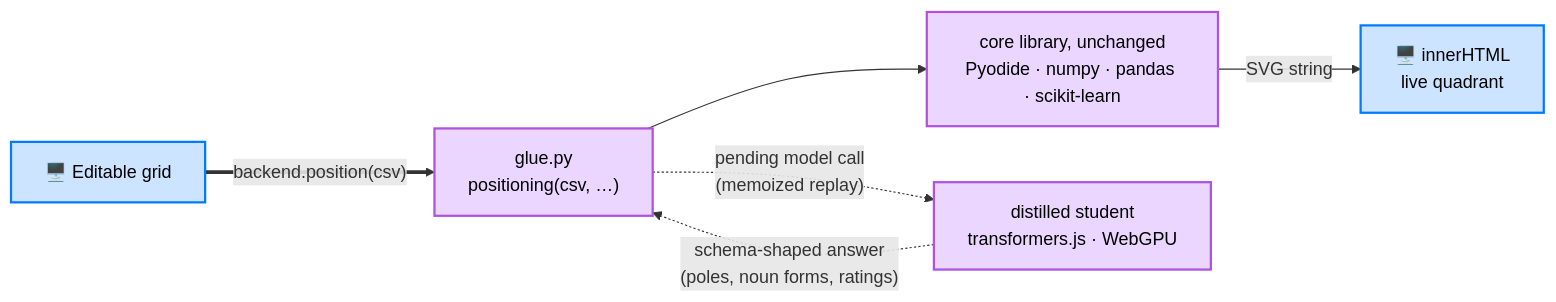
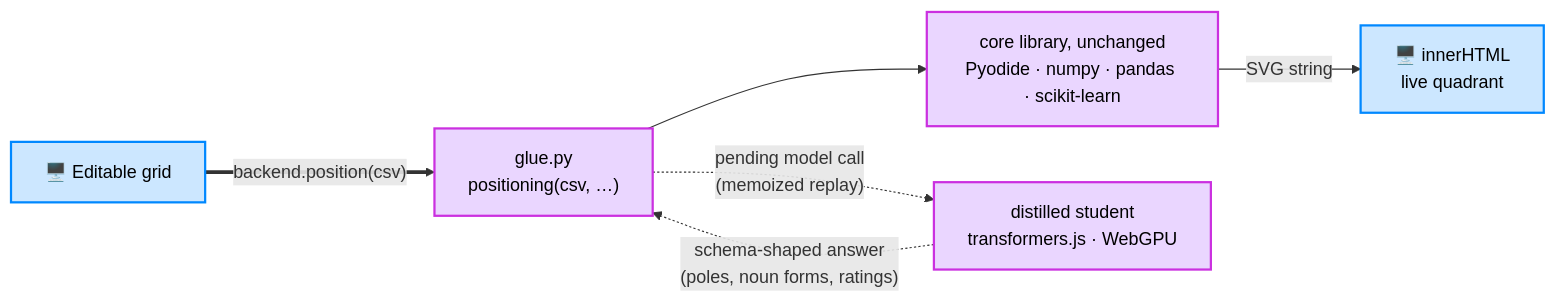
The second of 2 diagrams in GUI.md (warith-harchaoui/standpoint), drawn with Mermaid before and after one commit. The commit also changed other lines of this file and 42 other files, not shown here.

````diff
--- a/GUI.md
+++ b/GUI.md
@@ -137,14 +137,14 @@
 ```mermaid
 flowchart LR
     grid["🖥️ Editable grid"] ==>|"backend.position(csv)"| glue["glue.py<br/>positioning(csv, …)"]
     glue --> lib["core library, unchanged<br/>Pyodide · numpy · pandas · scikit-learn"]
     lib -->|"SVG string"| embed["🖥️ innerHTML<br/>live quadrant"]
     glue -.->|"pending model call<br/>(memoized replay)"| llm["distilled student<br/>transformers.js · WebGPU"]
     llm -.->|"schema-shaped answer<br/>(poles, noun forms, ratings)"| glue
 
     %% "Good Colors" palette: https://deraison.ai/colors/
-    classDef browser fill:#CCE4FF,stroke:#007AFF,color:#000000,stroke-width:2px;
-    classDef wasm fill:#EAD6FF,stroke:#AF52DE,color:#000000,stroke-width:2px;
+    classDef browser fill:#CCE7FF,stroke:#0088FF,color:#000000,stroke-width:2px;
+    classDef wasm fill:#EAD6FF,stroke:#CB30E0,color:#000000,stroke-width:2px;
     class grid,embed browser;
     class glue,lib,llm wasm;
 ```
````
